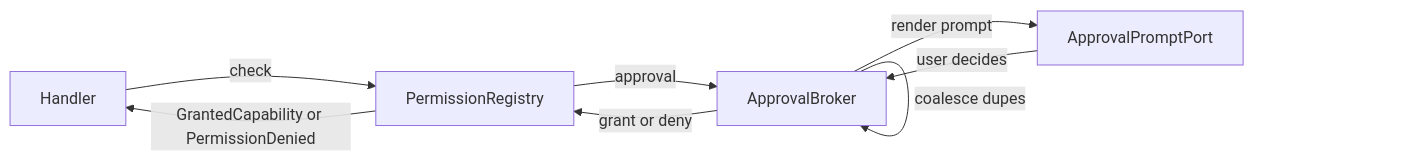
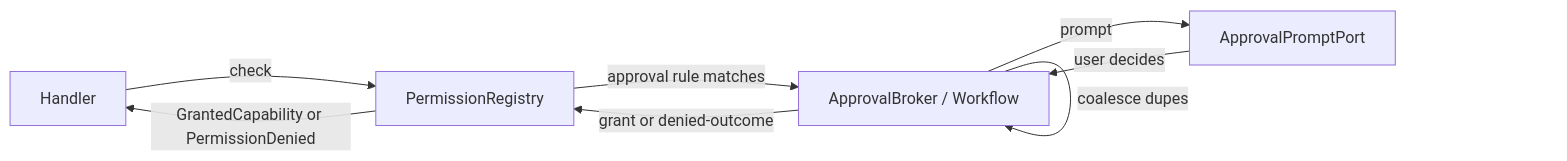
The diagram in docs/explanation/permissions-model.md (Rika-Labs/effect-desktop), drawn with Mermaid before and after one commit. The commit also changed other lines of this file and 87 other files, not shown here.

````diff
--- a/docs/explanation/permissions-model.md
+++ b/docs/explanation/permissions-model.md
@@ -53,10 +53,10 @@
 ```mermaid
 flowchart LR
   H[Handler] -->|check| PR[PermissionRegistry]
-  PR -->|approval| AB[ApprovalBroker]
+  PR -->|approval rule matches| AB[ApprovalBroker / Workflow]
   AB -->|coalesce dupes| AB
-  AB -->|render prompt| AP[ApprovalPromptPort]
+  AB -->|prompt| AP[ApprovalPromptPort]
   AP -->|user decides| AB
-  AB -->|grant or deny| PR
+  AB -->|grant or denied-outcome| PR
   PR -->|GrantedCapability or PermissionDenied| H
 ```
````
